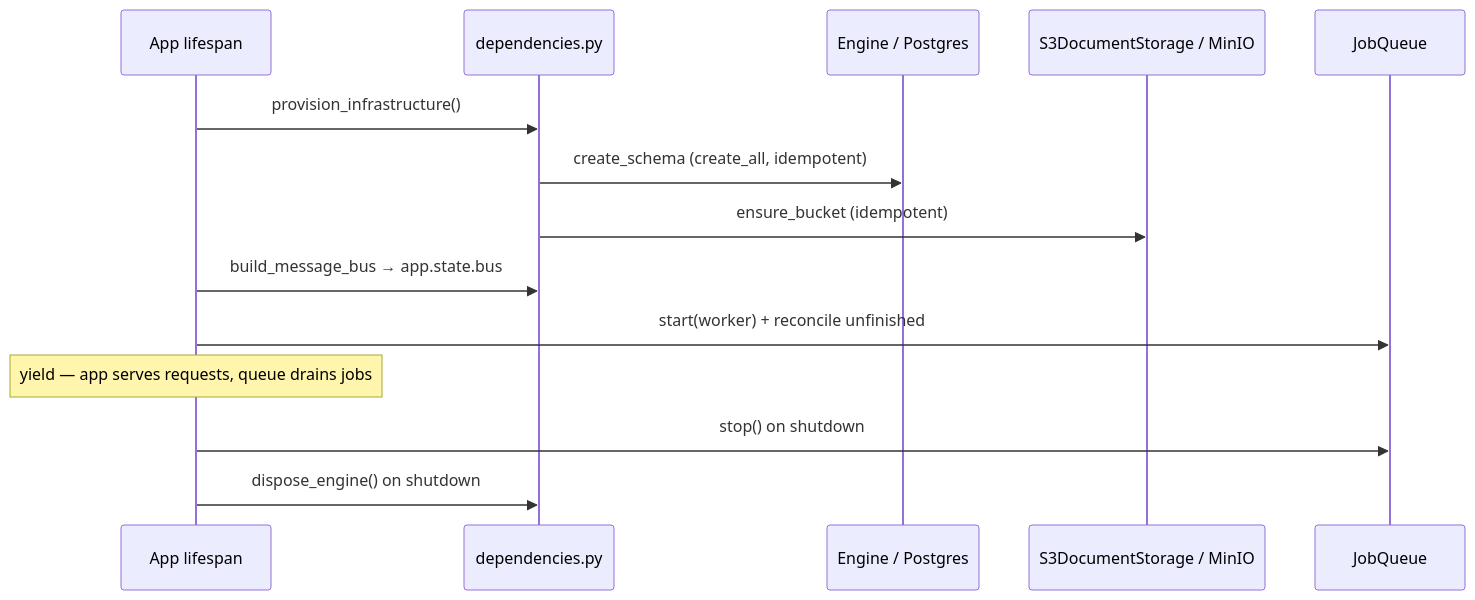
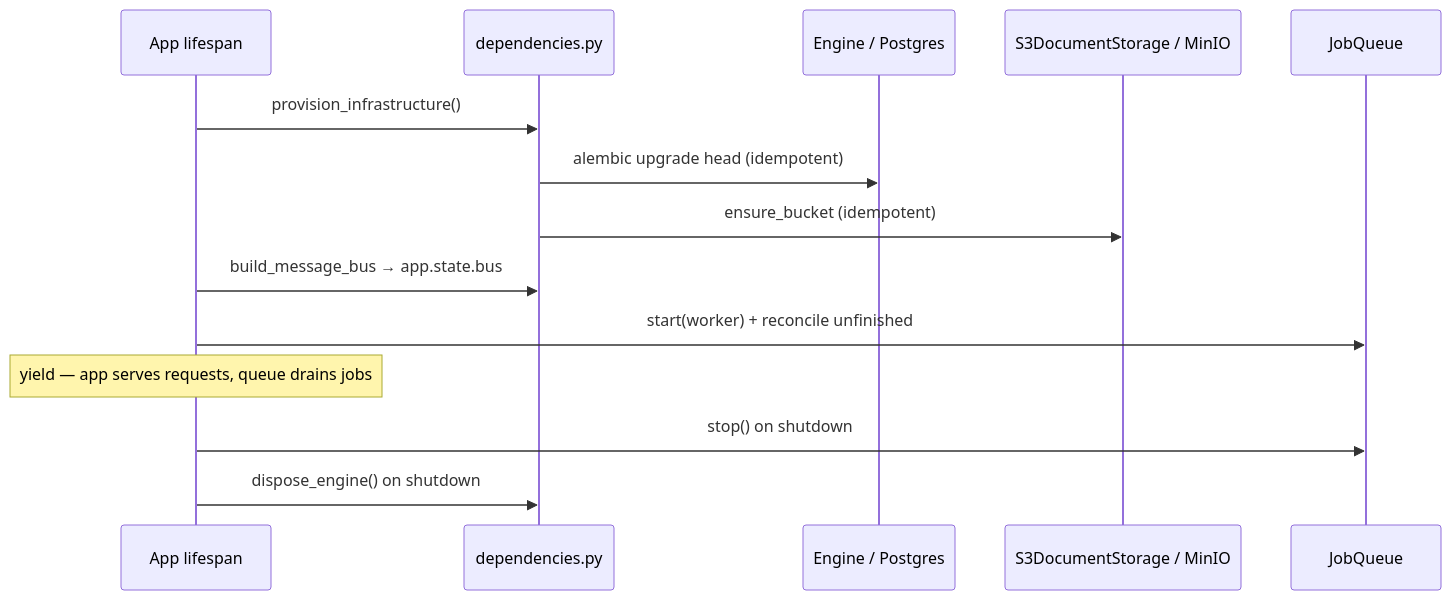
Before and after one commit to jacogro13/Cicero: the eighth of 9 diagrams in docs/architecture.md, drawn with Mermaid. The commit also changed other lines of this file, not shown here.

Commit message:
docs(architecture): schema managed by Alembic; index ADR-023/024

````diff
--- a/docs/architecture.md
+++ b/docs/architecture.md
@@ -420,16 +421,16 @@
 ```mermaid
 sequenceDiagram
     participant L as App lifespan
     participant D as dependencies.py
     participant E as Engine / Postgres
     participant S as S3DocumentStorage / MinIO
     participant Q as JobQueue
     L->>D: provision_infrastructure()
-    D->>E: create_schema (create_all, idempotent)
+    D->>E: alembic upgrade head (idempotent)
     D->>S: ensure_bucket (idempotent)
     L->>D: build_message_bus → app.state.bus
     L->>Q: start(worker) + reconcile unfinished
     Note over L: yield — app serves requests, queue drains jobs
     L->>Q: stop() on shutdown
     L->>D: dispose_engine() on shutdown
 ```
````
